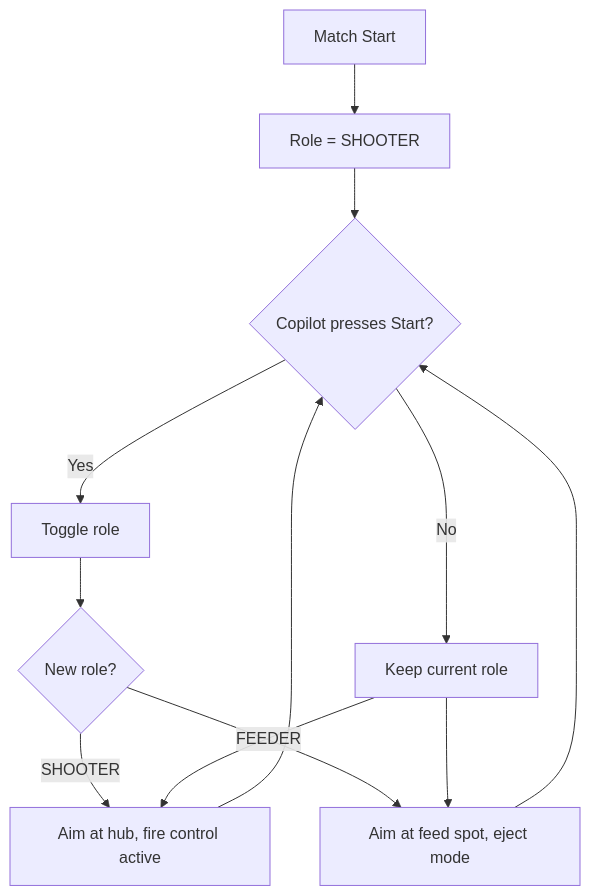
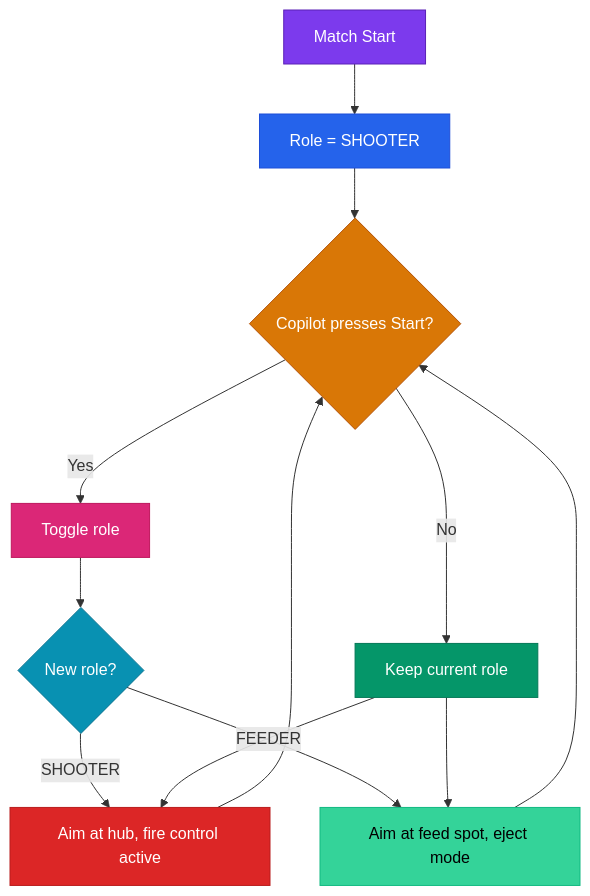
Before and after one commit to eeveemara/frc5962-2026-docs: the diagram in docs/feedback/alliance-strategy.md, drawn with Mermaid. The commit also changed 14 other files, not shown here.

Commit message:
Add explicit colors to all 20 mermaid diagrams for GitBook dark mode

````diff
--- a/docs/feedback/alliance-strategy.md
+++ b/docs/feedback/alliance-strategy.md
@@ -24,14 +24,23 @@
 ```mermaid
 flowchart TD
     START[Match Start] --> DEFAULT[Role = SHOOTER]
     DEFAULT --> TOGGLE{Copilot presses Start?}
     TOGGLE -->|Yes| SWITCH[Toggle role]
     TOGGLE -->|No| KEEP[Keep current role]
     SWITCH --> CHECK{New role?}
     CHECK -->|SHOOTER| AIM_HUB[Aim at hub, fire control active]
     CHECK -->|FEEDER| AIM_FEED[Aim at feed spot, eject mode]
     KEEP --> AIM_HUB
     KEEP --> AIM_FEED
     AIM_HUB --> TOGGLE
     AIM_FEED --> TOGGLE
+
+    style START fill:#7c3aed,stroke:#5b21b6,color:#fff
+    style DEFAULT fill:#2563eb,stroke:#1d4ed8,color:#fff
+    style TOGGLE fill:#d97706,stroke:#b45309,color:#fff
+    style SWITCH fill:#db2777,stroke:#be185d,color:#fff
+    style KEEP fill:#059669,stroke:#047857,color:#fff
+    style CHECK fill:#0891b2,stroke:#0e7490,color:#fff
+    style AIM_HUB fill:#dc2626,stroke:#b91c1c,color:#fff
+    style AIM_FEED fill:#34d399,stroke:#10b981,color:#000
 ```
````
